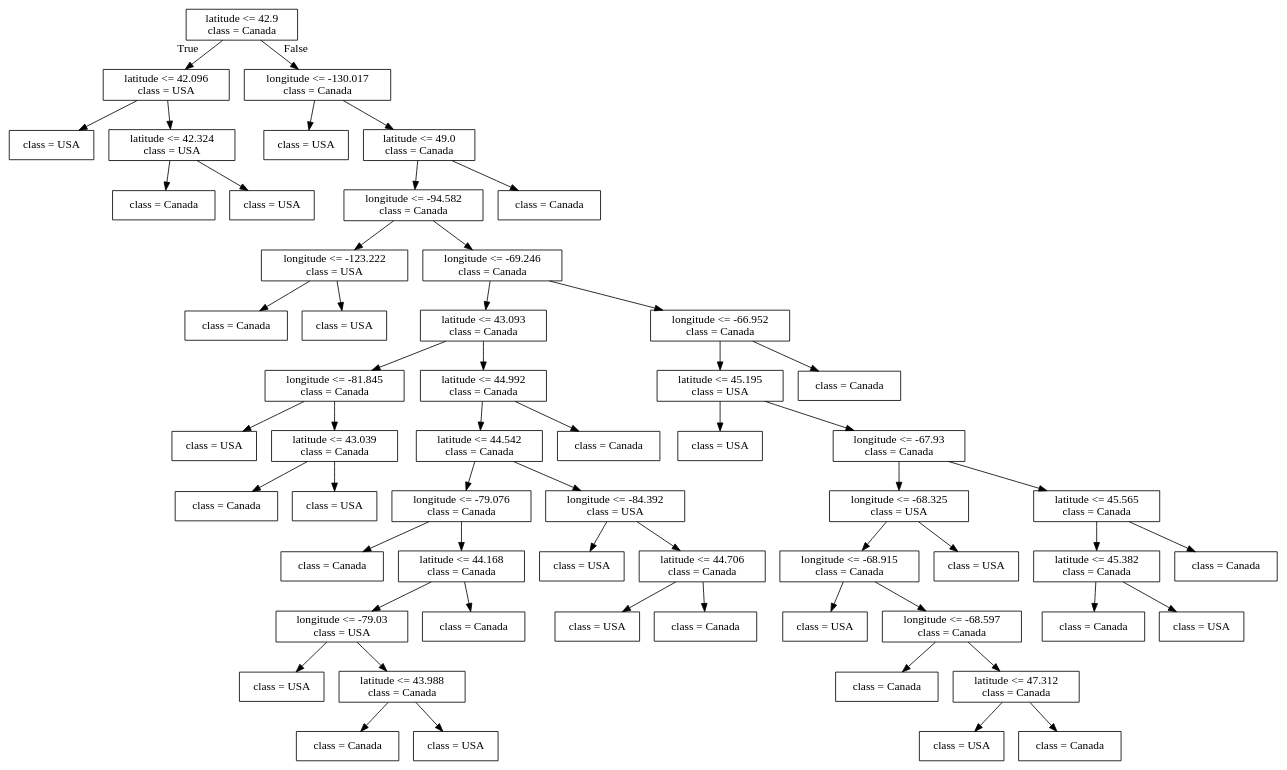
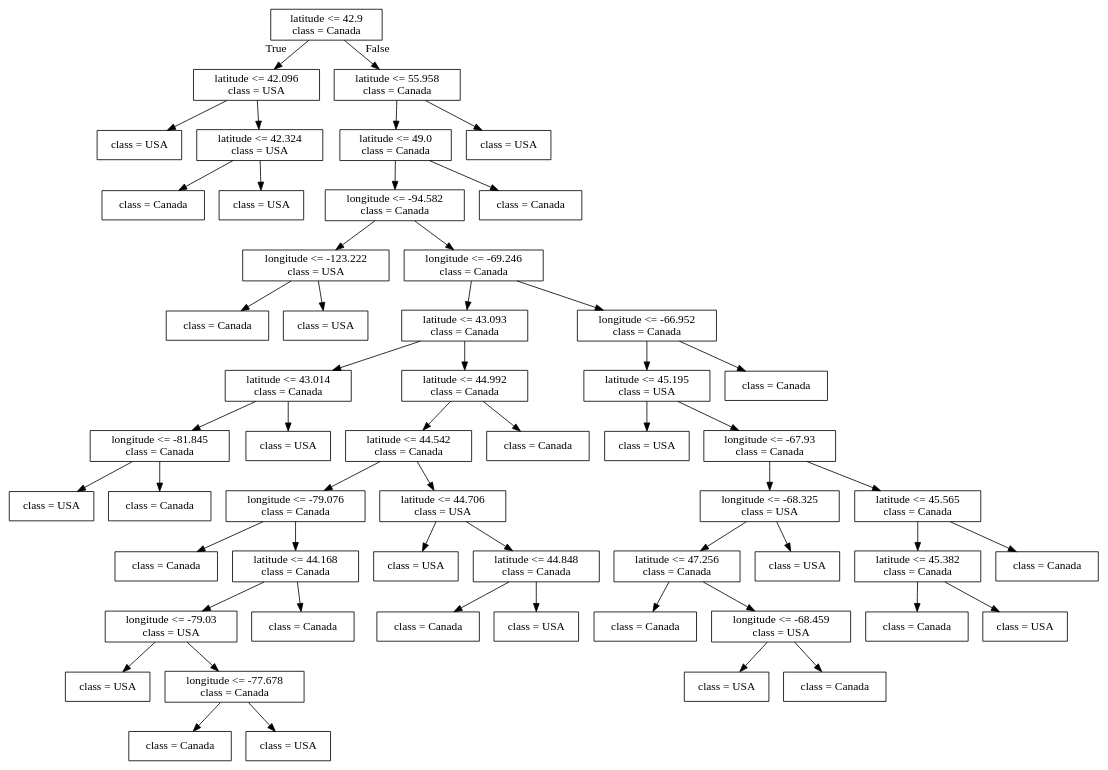
One commit to bait509-ubc/BAIT509 changed the diagram in lectures/Source.gv. Above: the diagram before and after it, drawn with Graphviz. The commit also changed 55 other files, not shown here.

```diff
--- a/lectures/Source.gv
+++ b/lectures/Source.gv
@@ -1,116 +1,112 @@
 digraph Tree {
 node [shape=box] ;
 0 [label="latitude <= 42.9\nclass = Canada"] ;
 1 [label="latitude <= 42.096\nclass = USA"] ;
 0 -> 1 [labeldistance=2.5, labelangle=45, headlabel="True"] ;
 2 [label="class = USA"] ;
 1 -> 2 ;
 3 [label="latitude <= 42.324\nclass = USA"] ;
 1 -> 3 ;
 4 [label="class = Canada"] ;
 3 -> 4 ;
 5 [label="class = USA"] ;
 3 -> 5 ;
-6 [label="longitude <= -130.017\nclass = Canada"] ;
+6 [label="latitude <= 55.958\nclass = Canada"] ;
 0 -> 6 [labeldistance=2.5, labelangle=-45, headlabel="False"] ;
-7 [label="class = USA"] ;
+7 [label="latitude <= 49.0\nclass = Canada"] ;
 6 -> 7 ;
-8 [label="latitude <= 49.0\nclass = Canada"] ;
-6 -> 8 ;
-9 [label="longitude <= -94.582\nclass = Canada"] ;
+8 [label="longitude <= -94.582\nclass = Canada"] ;
+7 -> 8 ;
+9 [label="longitude <= -123.222\nclass = USA"] ;
 8 -> 9 ;
-10 [label="longitude <= -123.222\nclass = USA"] ;
+10 [label="class = Canada"] ;
 9 -> 10 ;
-11 [label="class = Canada"] ;
-10 -> 11 ;
-12 [label="class = USA"] ;
-10 -> 12 ;
-13 [label="longitude <= -69.246\nclass = Canada"] ;
-9 -> 13 ;
-14 [label="latitude <= 43.093\nclass = Canada"] ;
+11 [label="class = USA"] ;
+9 -> 11 ;
+12 [label="longitude <= -69.246\nclass = Canada"] ;
+8 -> 12 ;
+13 [label="latitude <= 43.093\nclass = Canada"] ;
+12 -> 13 ;
+14 [label="latitude <= 43.014\nclass = Canada"] ;
 13 -> 14 ;
 15 [label="longitude <= -81.845\nclass = Canada"] ;
 14 -> 15 ;
 16 [label="class = USA"] ;
 15 -> 16 ;
-17 [label="latitude <= 43.039\nclass = Canada"] ;
+17 [label="class = Canada"] ;
 15 -> 17 ;
-18 [label="class = Canada"] ;
-17 -> 18 ;
-19 [label="class = USA"] ;
-17 -> 19 ;
-20 [label="latitude <= 44.992\nclass = Canada"] ;
-14 -> 20 ;
-21 [label="latitude <= 44.542\nclass = Canada"] ;
+18 [label="class = USA"] ;
+14 -> 18 ;
+19 [label="latitude <= 44.992\nclass = Canada"] ;
+13 -> 19 ;
+20 [label="latitude <= 44.542\nclass = Canada"] ;
+19 -> 20 ;
+21 [label="longitude <= -79.076\nclass = Canada"] ;
 20 -> 21 ;
-22 [label="longitude <= -79.076\nclass = Canada"] ;
+22 [label="class = Canada"] ;
 21 -> 22 ;
-23 [label="class = Canada"] ;
-22 -> 23 ;
-24 [label="latitude <= 44.168\nclass = Canada"] ;
-22 -> 24 ;
-25 [label="longitude <= -79.03\nclass = USA"] ;
+23 [label="latitude <= 44.168\nclass = Canada"] ;
+21 -> 23 ;
+24 [label="longitude <= -79.03\nclass = USA"] ;
+23 -> 24 ;
+25 [label="class = USA"] ;
 24 -> 25 ;
-26 [label="class = USA"] ;
-25 -> 26 ;
-27 [label="latitude <= 43.988\nclass = Canada"] ;
-25 -> 27 ;
-28 [label="class = Canada"] ;
-27 -> 28 ;
-29 [label="class = USA"] ;
-27 -> 29 ;
-30 [label="class = Canada"] ;
-24 -> 30 ;
-31 [label="longitude <= -84.392\nclass = USA"] ;
-21 -> 31 ;
-32 [label="class = USA"] ;
-31 -> 32 ;
-33 [label="latitude <= 44.706\nclass = Canada"] ;
-31 -> 33 ;
+26 [label="longitude <= -77.678\nclass = Canada"] ;
+24 -> 26 ;
+27 [label="class = Canada"] ;
+26 -> 27 ;
+28 [label="class = USA"] ;
+26 -> 28 ;
+29 [label="class = Canada"] ;
+23 -> 29 ;
+30 [label="latitude <= 44.706\nclass = USA"] ;
+20 -> 30 ;
+31 [label="class = USA"] ;
+30 -> 31 ;
+32 [label="latitude <= 44.848\nclass = Canada"] ;
+30 -> 32 ;
+33 [label="class = Canada"] ;
+32 -> 33 ;
 34 [label="class = USA"] ;
-33 -> 34 ;
+32 -> 34 ;
 35 [label="class = Canada"] ;
-33 -> 35 ;
-36 [label="class = Canada"] ;
-20 -> 36 ;
-37 [label="longitude <= -66.952\nclass = Canada"] ;
-13 -> 37 ;
-38 [label="latitude <= 45.195\nclass = USA"] ;
+19 -> 35 ;
+36 [label="longitude <= -66.952\nclass = Canada"] ;
+12 -> 36 ;
+37 [label="latitude <= 45.195\nclass = USA"] ;
+36 -> 37 ;
+38 [label="class = USA"] ;
 37 -> 38 ;
-39 [label="class = USA"] ;
-38 -> 39 ;
-40 [label="longitude <= -67.93\nclass = Canada"] ;
-38 -> 40 ;
-41 [label="longitude <= -68.325\nclass = USA"] ;
+39 [label="longitude <= -67.93\nclass = Canada"] ;
+37 -> 39 ;
+40 [label="longitude <= -68.325\nclass = USA"] ;
+39 -> 40 ;
+41 [label="latitude <= 47.256\nclass = Canada"] ;
 40 -> 41 ;
-42 [label="longitude <= -68.915\nclass = Canada"] ;
+42 [label="class = Canada"] ;
 41 -> 42 ;
-43 [label="class = USA"] ;
-42 -> 43 ;
-44 [label="longitude <= -68.597\nclass = Canada"] ;
-42 -> 44 ;
+43 [label="longitude <= -68.459\nclass = USA"] ;
+41 -> 43 ;
+44 [label="class = USA"] ;
+43 -> 44 ;
 45 [label="class = Canada"] ;
-44 -> 45 ;
-46 [label="latitude <= 47.312\nclass = Canada"] ;
-44 -> 46 ;
-47 [label="class = USA"] ;
-46 -> 47 ;
-48 [label="class = Canada"] ;
-46 -> 48 ;
-49 [label="class = USA"] ;
-41 -> 49 ;
-50 [label="latitude <= 45.565\nclass = Canada"] ;
-40 -> 50 ;
-51 [label="latitude <= 45.382\nclass = Canada"] ;
-50 -> 51 ;
+43 -> 45 ;
+46 [label="class = USA"] ;
+40 -> 46 ;
+47 [label="latitude <= 45.565\nclass = Canada"] ;
+39 -> 47 ;
+48 [label="latitude <= 45.382\nclass = Canada"] ;
+47 -> 48 ;
+49 [label="class = Canada"] ;
+48 -> 49 ;
+50 [label="class = USA"] ;
+48 -> 50 ;
+51 [label="class = Canada"] ;
+47 -> 51 ;
 52 [label="class = Canada"] ;
-51 -> 52 ;
-53 [label="class = USA"] ;
-51 -> 53 ;
-54 [label="class = Canada"] ;
-50 -> 54 ;
-55 [label="class = Canada"] ;
-37 -> 55 ;
-56 [label="class = Canada"] ;
-8 -> 56 ;
+36 -> 52 ;
+53 [label="class = Canada"] ;
+7 -> 53 ;
+54 [label="class = USA"] ;
+6 -> 54 ;
 }
```
